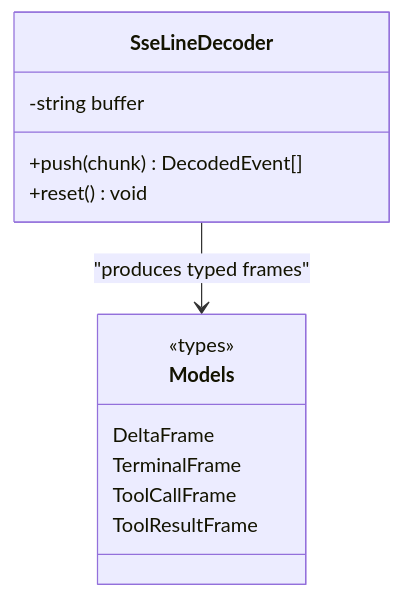
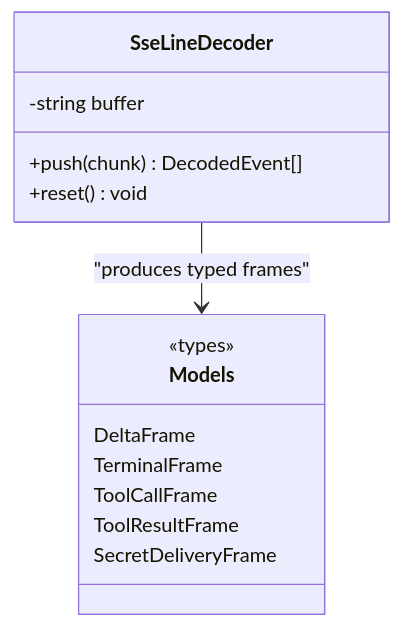
The sixth of 9 diagrams in .qoder/repowiki/en/content/Operator Portal/Chat Interface/Chat Interface.md (metasync/luban-aiops), drawn with Mermaid before and after one commit. The commit also changed other lines of this file and 56 other files, not shown here.

First line of the commit message:
docs: refresh repowiki knowledge cache (SPEC-062 secret delivery, v0.42.0)

````diff
--- a/.qoder/repowiki/en/content/Operator Portal/Chat Interface/Chat Interface.md
+++ b/.qoder/repowiki/en/content/Operator Portal/Chat Interface/Chat Interface.md
@@ -255,16 +291,17 @@
 ```mermaid
 classDiagram
 class SseLineDecoder {
 -string buffer
 +push(chunk) DecodedEvent[]
 +reset() void
 }
 class Models {
 <<types>>
 DeltaFrame
 TerminalFrame
 ToolCallFrame
 ToolResultFrame
+SecretDeliveryFrame
 }
 SseLineDecoder --> Models : "produces typed frames"
 ```
````
